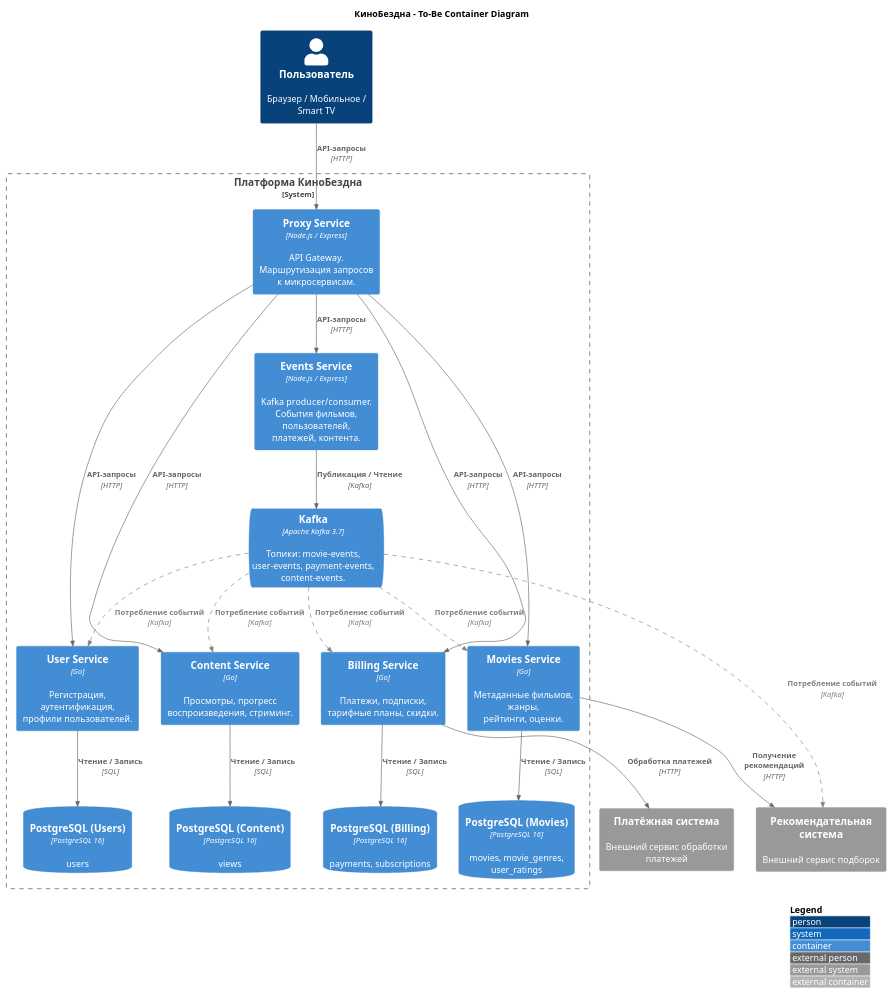
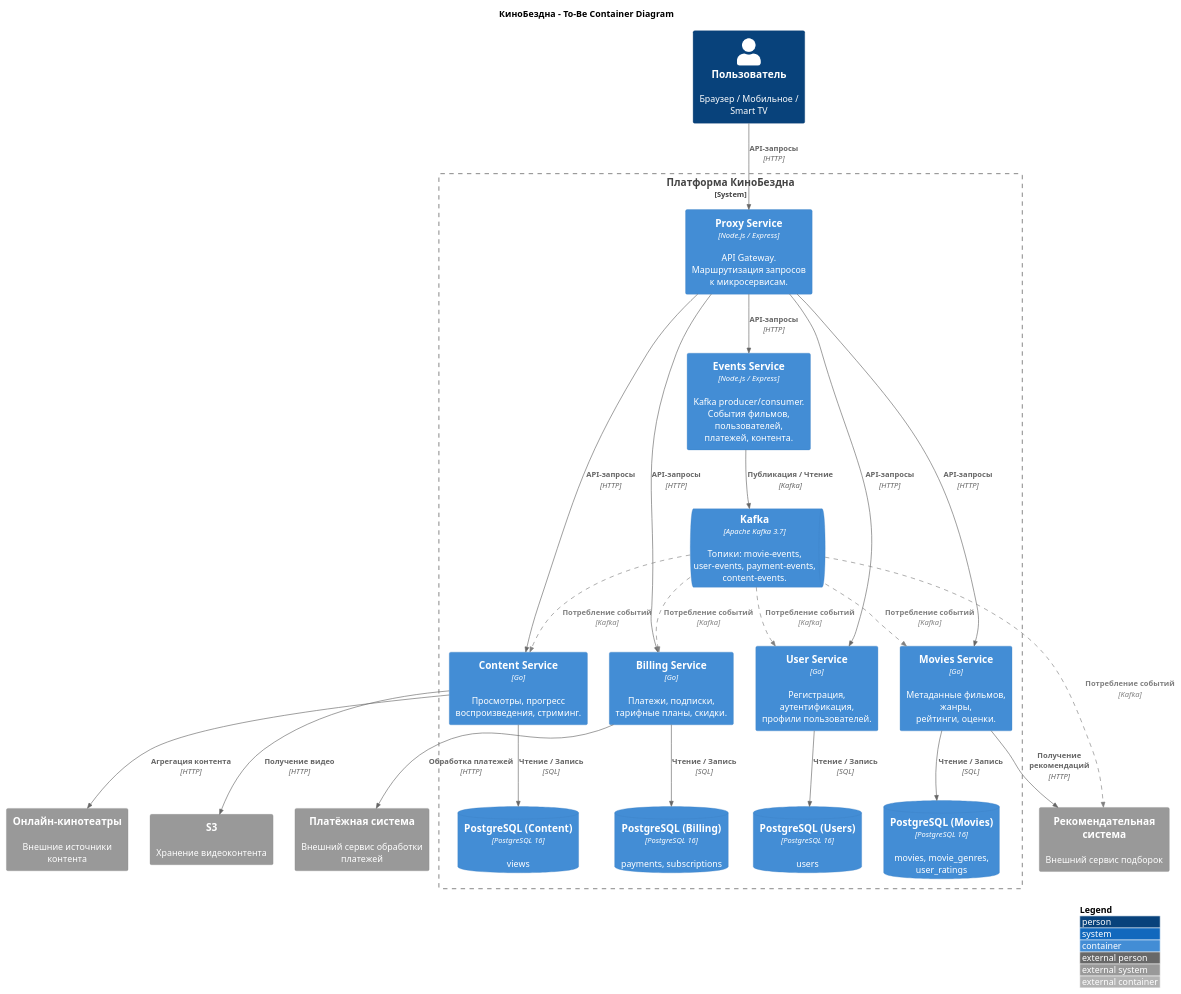
Before and after one commit to SiritosKon/architecture-cinemaabyss: the diagram in docs/c4-container-diagram.puml, drawn with PlantUML. The commit also changed 1 other file, not shown here.

Commit message:
fix: restore S3 and online cinemas on diagram

```diff
--- a/docs/c4-container-diagram.puml
+++ b/docs/c4-container-diagram.puml
@@ -1,58 +1,62 @@
 @startuml c4-container-diagram
 !include https://raw.githubusercontent.com/plantuml-stdlib/C4-PlantUML/master/C4_Container.puml
 
 LAYOUT_WITH_LEGEND()
 LAYOUT_TOP_DOWN()
 
 AddRelTag("future", $lineStyle = DashedLine(), $lineColor = "gray", $textColor = "gray")
 
 title КиноБездна - To-Be Container Diagram
 
 Person(user, "Пользователь", "Браузер / Мобильное / Smart TV")
 
 System_Ext(payment, "Платёжная система", "Внешний сервис обработки платежей")
 System_Ext(recsys, "Рекомендательная система", "Внешний сервис подборок")
+System_Ext(cinemas, "Онлайн-кинотеатры", "Внешние источники контента")
+System_Ext(s3, "S3", "Хранение видеоконтента")
 
 System_Boundary(platform, "Платформа КиноБездна") {
 
     Container(proxy, "Proxy Service", "Node.js / Express", "API Gateway.\nМаршрутизация запросов\nк микросервисам.")
 
     Container(users_svc, "User Service", "Go", "Регистрация, аутентификация,\nпрофили пользователей.")
     Container(billing, "Billing Service", "Go", "Платежи, подписки,\nтарифные планы, скидки.")
     Container(movies, "Movies Service", "Go", "Метаданные фильмов, жанры,\nрейтинги, оценки.")
     Container(content, "Content Service", "Go", "Просмотры, прогресс\nвоспроизведения, стриминг.")
     Container(events, "Events Service", "Node.js / Express", "Kafka producer/consumer.\nСобытия фильмов, пользователей,\nплатежей, контента.")
 
     ContainerDb(postgres_users, "PostgreSQL (Users)", "PostgreSQL 16", "users")
     ContainerDb(postgres_billing, "PostgreSQL (Billing)", "PostgreSQL 16", "payments, subscriptions")
     ContainerDb(postgres_movies, "PostgreSQL (Movies)", "PostgreSQL 16", "movies, movie_genres,\nuser_ratings")
     ContainerDb(postgres_content, "PostgreSQL (Content)", "PostgreSQL 16", "views")
 
     ContainerQueue(kafka, "Kafka", "Apache Kafka 3.7", "Топики: movie-events,\nuser-events, payment-events,\ncontent-events.")
 }
 
 Rel_D(user, proxy, "API-запросы", "HTTP")
 
 Rel_D(proxy, users_svc, "API-запросы", "HTTP")
 Rel_D(proxy, billing, "API-запросы", "HTTP")
 Rel_D(proxy, movies, "API-запросы", "HTTP")
 Rel_D(proxy, content, "API-запросы", "HTTP")
 Rel_D(proxy, events, "API-запросы", "HTTP")
 
 Rel_D(users_svc, postgres_users, "Чтение / Запись", "SQL")
 Rel_D(billing, postgres_billing, "Чтение / Запись", "SQL")
 Rel_D(movies, postgres_movies, "Чтение / Запись", "SQL")
 Rel_D(content, postgres_content, "Чтение / Запись", "SQL")
 
 Rel_D(events, kafka, "Публикация / Чтение", "Kafka")
 
 Rel(billing, payment, "Обработка платежей", "HTTP")
 Rel(movies, recsys, "Получение рекомендаций", "HTTP")
+Rel(content, s3, "Получение видео", "HTTP")
+Rel(content, cinemas, "Агрегация контента", "HTTP")
 
 Rel(kafka, users_svc, "Потребление событий", "Kafka", $tags="future")
 Rel(kafka, billing, "Потребление событий", "Kafka", $tags="future")
 Rel(kafka, content, "Потребление событий", "Kafka", $tags="future")
 Rel(kafka, movies, "Потребление событий", "Kafka", $tags="future")
 Rel(kafka, recsys, "Потребление событий", "Kafka", $tags="future")
 
 @enduml
```
